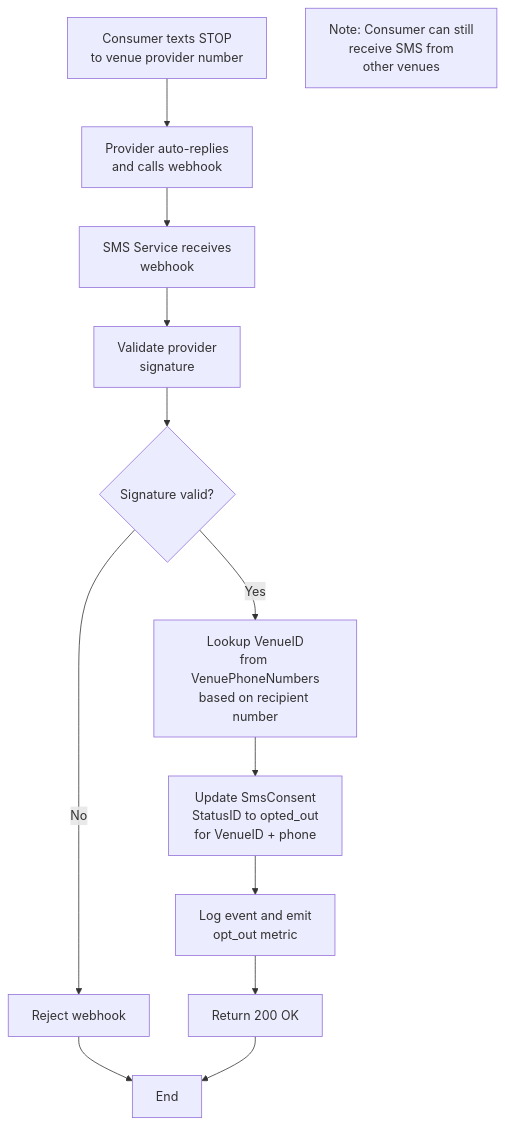
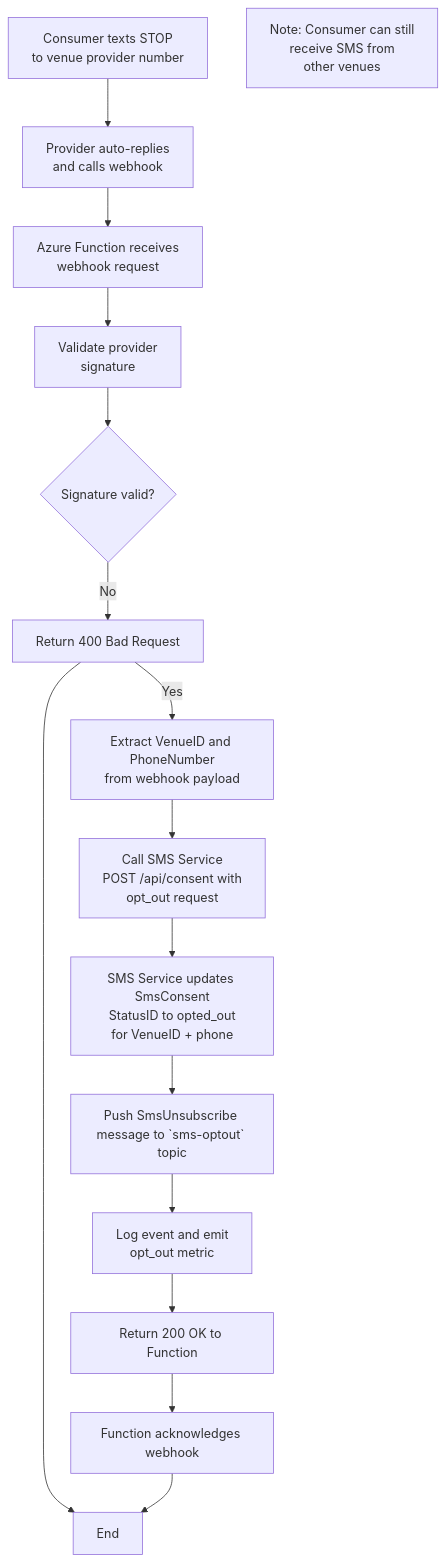
One commit to ripberge/nliven-sms changed the second of 2 diagrams in sms-architecture-design.md. Above: the diagram before and after it, drawn with Mermaid. The commit also changed other lines of this file and 23 other files, not shown here.

````diff
--- a/sms-architecture-design.md
+++ b/sms-architecture-design.md
@@ -181,15 +232,19 @@
 ```mermaid
-graph TD
-    A["Consumer texts STOP<br/>to venue provider number"] --> B["Provider auto-replies<br/>and calls webhook"]
-    B --> C["SMS Service receives<br/>webhook"]
-    C --> D["Validate provider<br/>signature"]
-    D --> E{Signature valid?}
-    E -->|No| F["Reject webhook"]
-    E -->|Yes| G["Lookup VenueID<br/>from VenuePhoneNumbers<br/>based on recipient number"]
-    G --> H["Update SmsConsent<br/>StatusID to opted_out<br/>for VenueID + phone"]
-    H --> I["Log event and emit<br/>opt_out metric"]
-    I --> J["Return 200 OK"]
-    F --> K["End"]
-    J --> K
-    L["Note: Consumer can still<br/>receive SMS from<br/>other venues"]
+flowchart TD
+    A["Consumer texts STOP<br/>to venue provider number"] 
+    --> B["Provider auto-replies<br/>and calls webhook"]
+    --> C["Azure Function receives<br/>webhook request"]
+    --> D["Validate provider<br/>signature"]
+    --> E{Signature valid?}
+    -->|No| F["Return 400 Bad Request"]
+    -->|Yes| G["Extract VenueID and PhoneNumber<br/>from webhook payload"]
+    --> H["Call SMS Service<br/>POST /api/consent with<br/>opt_out request"]
+    H --> I["SMS Service updates SmsConsent<br/>StatusID to opted_out<br/>for VenueID + phone"]
+    --> J["Push SmsUnsubscribe message to `sms-optout` topic"]
+    --> K["Log event and emit<br/>opt_out metric"]
+    --> L["Return 200 OK to Function"]
+    --> M["Function acknowledges webhook"]
+    F --> N["End"]
+    M --> N
+    O["Note: Consumer can still<br/>receive SMS from<br/>other venues"]
 ```
````
